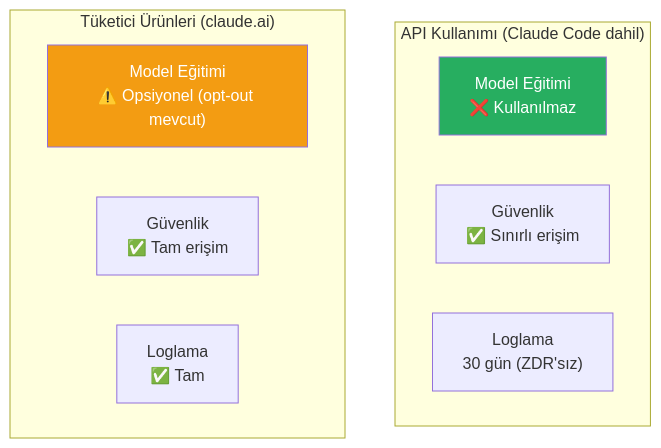
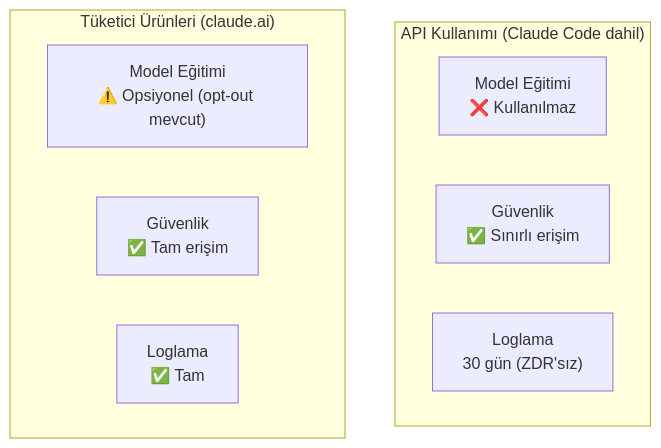
The fourth of 6 diagrams in 18-kurumsal-kullanim/08-veri-guvenligi-ve-zdr.md (IzzetYasinAtes/ClaudeCodeHandbook), drawn with Mermaid before and after one commit. The commit also changed other lines of this file and 97 other files, not shown here.

Commit message:
Remove all custom Mermaid style/fill colors from 98 markdown files for consistent dark theme rendering

````diff
--- a/18-kurumsal-kullanim/08-veri-guvenligi-ve-zdr.md
+++ b/18-kurumsal-kullanim/08-veri-guvenligi-ve-zdr.md
@@ -142,17 +129,15 @@
 ```mermaid
 flowchart TD
     subgraph api_usage ["API Kullanımı (Claude Code dahil)"]
         API_TRAIN["Model Eğitimi<br/>❌ Kullanılmaz"]
         API_SAFETY["Güvenlik<br/>✅ Sınırlı erişim"]
         API_LOG["Loglama<br/>30 gün (ZDR'sız)"]
     end
 
     subgraph consumer ["Tüketici Ürünleri (claude.ai)"]
         CON_TRAIN["Model Eğitimi<br/>⚠️ Opsiyonel (opt-out mevcut)"]
         CON_SAFETY["Güvenlik<br/>✅ Tam erişim"]
         CON_LOG["Loglama<br/>✅ Tam"]
     end
 
-    style API_TRAIN fill:#27AE60,color:#fff
-    style CON_TRAIN fill:#F39C12,color:#fff
 ```
````
